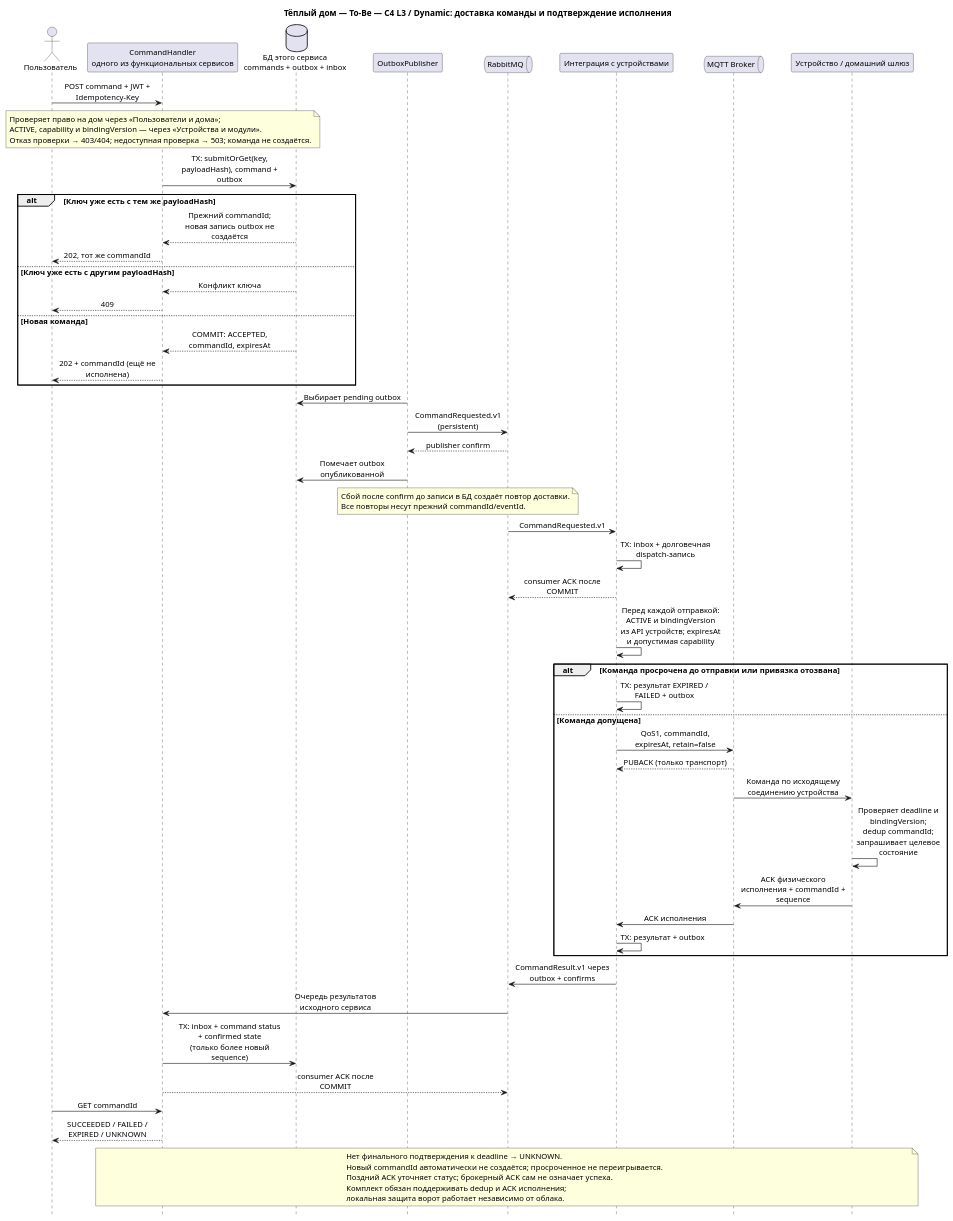
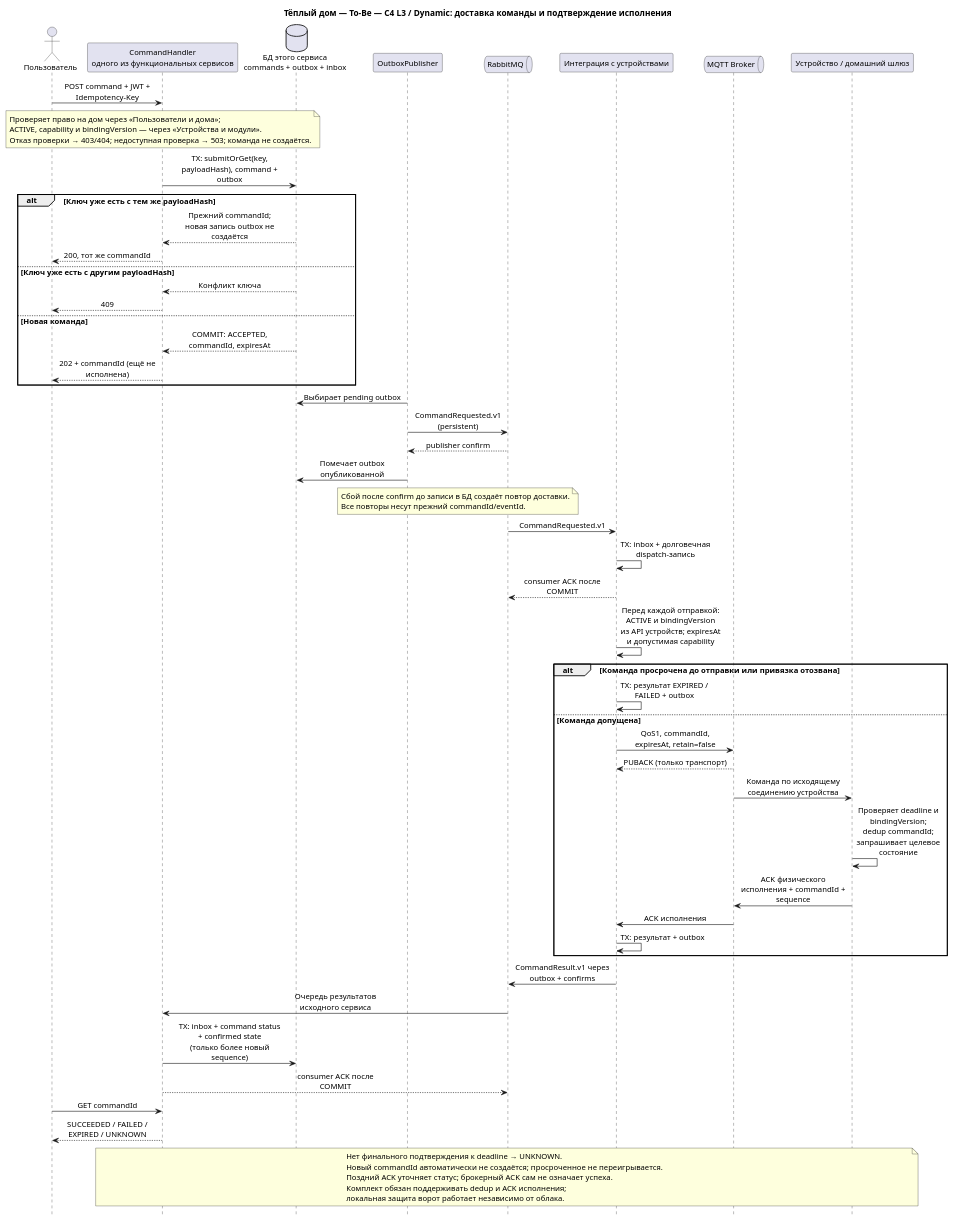
Before and after one commit to AleksAbramovWEB/architecture-warmhouse: the diagram in docs/diagrams/to-be/c4-l3-dynamic-command-sequence.puml, drawn with PlantUML. The commit also changed 17 other files, not shown here.

```diff
--- a/docs/diagrams/to-be/c4-l3-dynamic-command-sequence.puml
+++ b/docs/diagrams/to-be/c4-l3-dynamic-command-sequence.puml
@@ -1,75 +1,75 @@
 @startuml c4-l3-dynamic-command-sequence
 !pragma layout smetana
 skinparam defaultFontName SansSerif
 skinparam defaultFontSize 13
 skinparam sequenceMessageAlign center
 skinparam maxMessageSize 180
 hide footbox
 title Тёплый дом — To-Be — C4 L3 / Dynamic: доставка команды и подтверждение исполнения
 
 
 actor "Пользователь" as user
 participant "CommandHandler\nодного из функциональных сервисов" as api
 database "БД этого сервиса\ncommands + outbox + inbox" as db
 participant "OutboxPublisher" as publisher
 queue "RabbitMQ" as bus
 participant "Интеграция с устройствами" as bridge
 queue "MQTT Broker" as mqtt
 participant "Устройство / домашний шлюз" as edge
 
 user -> api : POST command + JWT + Idempotency-Key
 note over api
   Проверяет право на дом через «Пользователи и дома»;
   ACTIVE, capability и bindingVersion — через «Устройства и модули».
   Отказ проверки → 403/404; недоступная проверка → 503; команда не создаётся.
 end note
 api -> db : TX: submitOrGet(key, payloadHash), command + outbox
 alt Ключ уже есть с тем же payloadHash
   db --> api : Прежний commandId; новая запись outbox не создаётся
-  api --> user : 202, тот же commandId
+  api --> user : 200, тот же commandId
 else Ключ уже есть с другим payloadHash
   db --> api : Конфликт ключа
   api --> user : 409
 else Новая команда
   db --> api : COMMIT: ACCEPTED, commandId, expiresAt
   api --> user : 202 + commandId (ещё не исполнена)
 end
 
 publisher -> db : Выбирает pending outbox
 publisher -> bus : CommandRequested.v1 (persistent)
 bus --> publisher : publisher confirm
 publisher -> db : Помечает outbox опубликованной
 note over publisher,bus
   Сбой после confirm до записи в БД создаёт повтор доставки.
   Все повторы несут прежний commandId/eventId.
 end note
 bus -> bridge : CommandRequested.v1
 bridge -> bridge : TX: inbox + долговечная dispatch-запись
 bridge --> bus : consumer ACK после COMMIT
 bridge -> bridge : Перед каждой отправкой: ACTIVE и bindingVersion\nиз API устройств; expiresAt и допустимая capability
 alt Команда просрочена до отправки или привязка отозвана
   bridge -> bridge : TX: результат EXPIRED / FAILED + outbox
 else Команда допущена
   bridge -> mqtt : QoS1, commandId, expiresAt, retain=false
   mqtt --> bridge : PUBACK (только транспорт)
   mqtt -> edge : Команда по исходящему соединению устройства
   edge -> edge : Проверяет deadline и bindingVersion;\ndedup commandId; запрашивает целевое состояние
   edge -> mqtt : ACK физического исполнения + commandId + sequence
   mqtt -> bridge : ACK исполнения
   bridge -> bridge : TX: результат + outbox
 end
 bridge -> bus : CommandResult.v1 через outbox + confirms
 bus -> api : Очередь результатов исходного сервиса
 api -> db : TX: inbox + command status + confirmed state\n(только более новый sequence)
 api --> bus : consumer ACK после COMMIT
 user -> api : GET commandId
 api --> user : SUCCEEDED / FAILED / EXPIRED / UNKNOWN
 note over api,edge
   Нет финального подтверждения к deadline → UNKNOWN.
   Новый commandId автоматически не создаётся; просроченное не переигрывается.
   Поздний ACK уточняет статус; брокерный ACK сам не означает успеха.
   Комплект обязан поддерживать dedup и ACK исполнения;
   локальная защита ворот работает независимо от облака.
 end note
 
 @enduml
```
